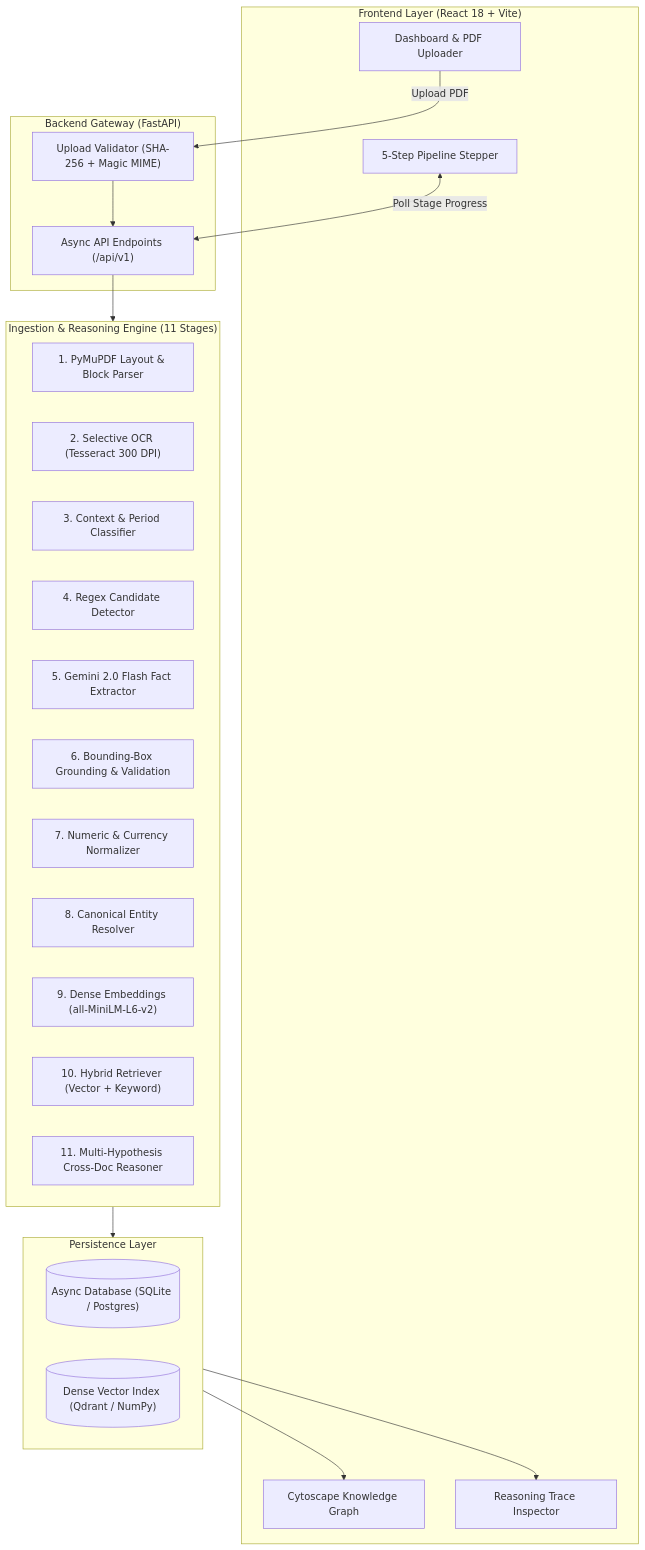
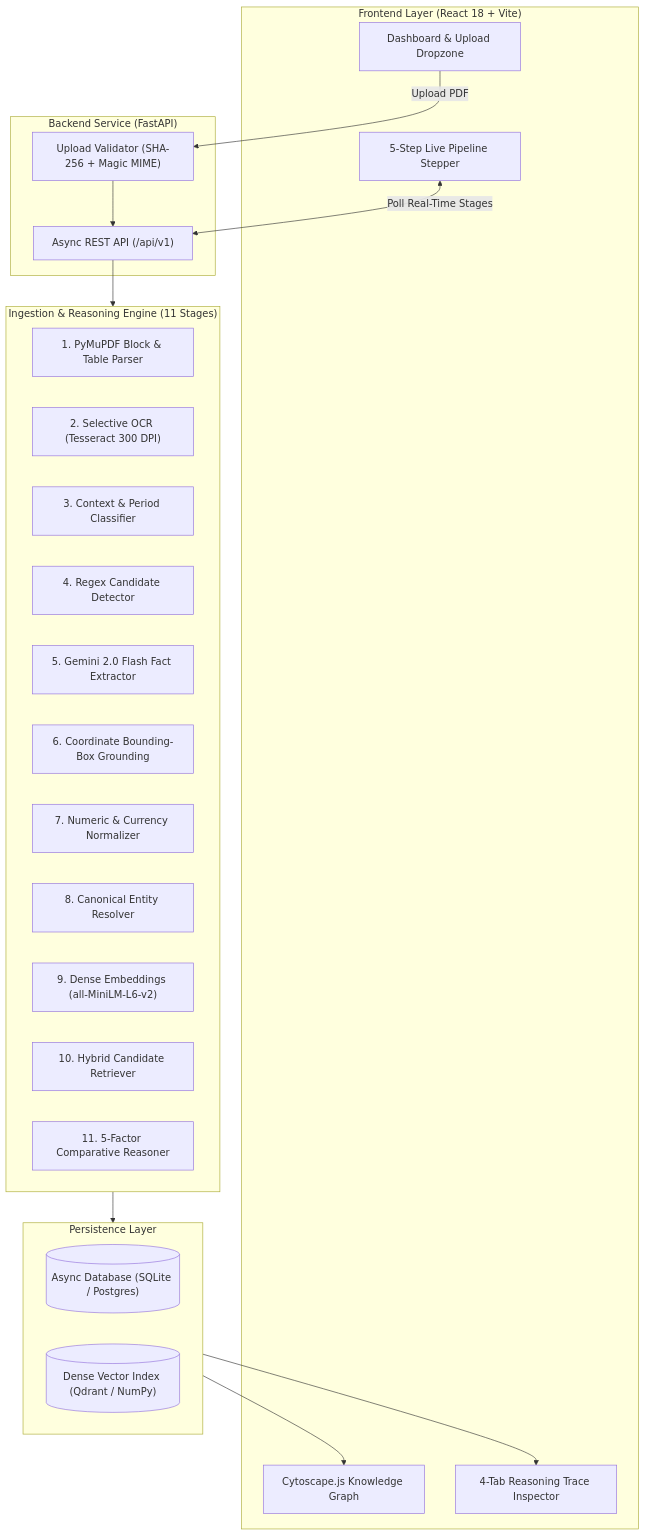
The diagram in README.md (abys7315/factlayer), drawn with Mermaid before and after one commit. The commit also changed other lines of this file, not shown here.

````diff
--- a/README.md
+++ b/README.md
@@ -240,41 +255,41 @@
 ```mermaid
 flowchart TD
     subgraph Client["Frontend Layer (React 18 + Vite)"]
-        UI["Dashboard & PDF Uploader"]
-        Progress["5-Step Pipeline Stepper"]
-        Graph["Cytoscape Knowledge Graph"]
-        Modal["Reasoning Trace Inspector"]
+        UI["Dashboard & Upload Dropzone"]
+        Progress["5-Step Live Pipeline Stepper"]
+        Graph["Cytoscape.js Knowledge Graph"]
+        Modal["4-Tab Reasoning Trace Inspector"]
     end
 
-    subgraph API["Backend Gateway (FastAPI)"]
-        Router["Async API Endpoints (/api/v1)"]
+    subgraph API["Backend Service (FastAPI)"]
+        Router["Async REST API (/api/v1)"]
         Val["Upload Validator (SHA-256 + Magic MIME)"]
     end
 
-    subgraph Pipeline["Ingestion & Reasoning Engine (11 Stages)"]
-        P1["1. PyMuPDF Layout & Block Parser"]
-        P2["2. Selective OCR (Tesseract 300 DPI)"]
-        P3["3. Context & Period Classifier"]
-        P4["4. Regex Candidate Detector"]
-        P5["5. Gemini 2.0 Flash Fact Extractor"]
-        P6["6. Bounding-Box Grounding & Validation"]
-        P7["7. Numeric & Currency Normalizer"]
-        P8["8. Canonical Entity Resolver"]
-        P9["9. Dense Embeddings (all-MiniLM-L6-v2)"]
-        P10["10. Hybrid Retriever (Vector + Keyword)"]
-        P11["11. Multi-Hypothesis Cross-Doc Reasoner"]
+    subgraph Engine["Ingestion & Reasoning Engine (11 Stages)"]
+        S1["1. PyMuPDF Block & Table Parser"]
+        S2["2. Selective OCR (Tesseract 300 DPI)"]
+        S3["3. Context & Period Classifier"]
+        S4["4. Regex Candidate Detector"]
+        S5["5. Gemini 2.0 Flash Fact Extractor"]
+        S6["6. Coordinate Bounding-Box Grounding"]
+        S7["7. Numeric & Currency Normalizer"]
+        S8["8. Canonical Entity Resolver"]
+        S9["9. Dense Embeddings (all-MiniLM-L6-v2)"]
+        S10["10. Hybrid Candidate Retriever"]
+        S11["11. 5-Factor Comparative Reasoner"]
     end
 
     subgraph Storage["Persistence Layer"]
         DB[("Async Database (SQLite / Postgres)")]
         Vectors[("Dense Vector Index (Qdrant / NumPy)")]
     end
 
     UI -->|Upload PDF| Val
     Val --> Router
-    Router --> Pipeline
-    Pipeline --> Storage
-    Progress <-->|Poll Stage Progress| Router
+    Router --> Engine
+    Engine --> Storage
+    Progress <-->|Poll Real-Time Stages| Router
     Storage --> Graph
     Storage --> Modal
 ```
````
